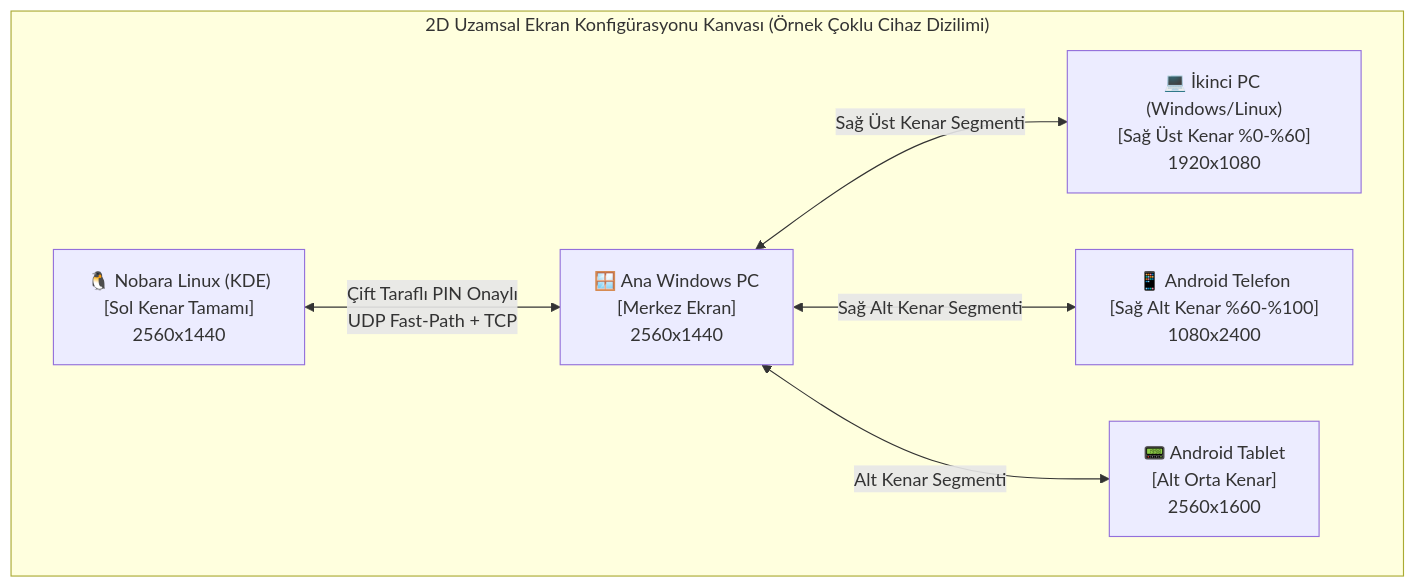
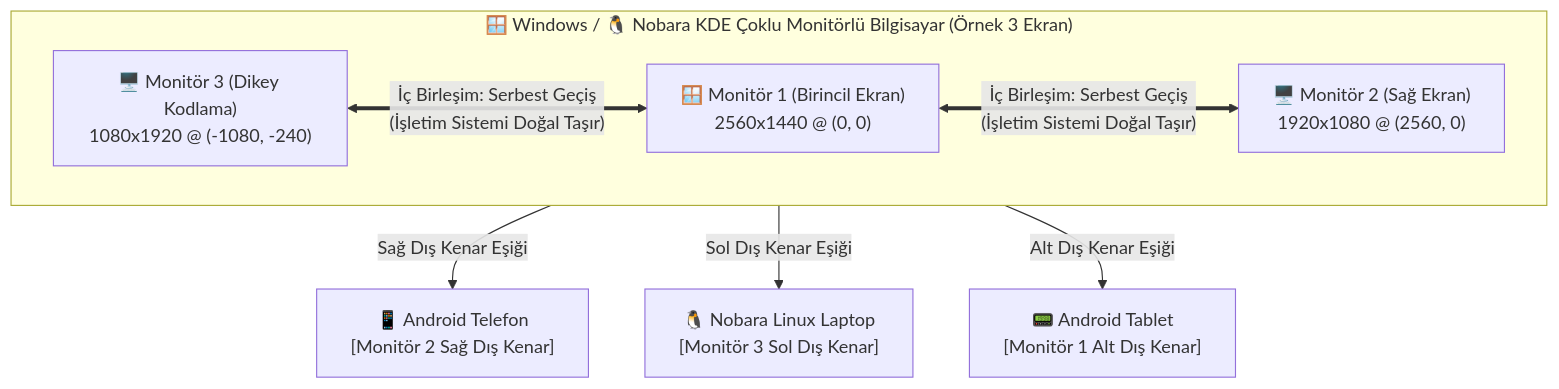
Before and after one commit to korgangames/Connect-Me: the diagram in docs/ADD.md, drawn with Mermaid. The commit also changed other lines of this file and 13 other files, not shown here.

Commit message:
feat(multi-monitor): futureproof multi-display architecture for Windows & Linux Nobara KDE Plasma

````diff
--- a/docs/ADD.md
+++ b/docs/ADD.md
@@ -28,16 +28,20 @@
 ```mermaid
 flowchart TB
-    subgraph Canvas["2D Uzamsal Ekran Konfigürasyonu Kanvası (Örnek Çoklu Cihaz Dizilimi)"]
+    subgraph MultiMonPC["🪟 Windows / 🐧 Nobara KDE Çoklu Monitörlü Bilgisayar (Örnek 3 Ekran)"]
         direction LR
-        Nobara["🐧 Nobara Linux (KDE)\n[Sol Kenar Tamamı]\n2560x1440"]
-        WinMain["🪟 Ana Windows PC\n[Merkez Ekran]\n2560x1440"]
-        WinLaptop["💻 İkinci PC (Windows/Linux)\n[Sağ Üst Kenar %0-%60]\n1920x1080"]
-        AndroidPhone["📱 Android Telefon\n[Sağ Alt Kenar %60-%100]\n1080x2400"]
-        AndroidTablet["📟 Android Tablet\n[Alt Orta Kenar]\n2560x1600"]
+        Mon3["🖥️ Monitör 3 (Dikey Kodlama)\n1080x1920 @ (-1080, -240)"]
+        Mon1["🪟 Monitör 1 (Birincil Ekran)\n2560x1440 @ (0, 0)"]
+        Mon2["🖥️ Monitör 2 (Sağ Ekran)\n1920x1080 @ (2560, 0)"]
+        
+        Mon3 <==>|"İç Birleşim: Serbest Geçiş\n(İşletim Sistemi Doğal Taşır)"| Mon1
+        Mon1 <==>|"İç Birleşim: Serbest Geçiş\n(İşletim Sistemi Doğal Taşır)"| Mon2
     end
 
-    Nobara <-->|"Çift Taraflı PIN Onaylı\nUDP Fast-Path + TCP"| WinMain
-    WinMain <-->|"Sağ Üst Kenar Segmenti"| WinLaptop
-    WinMain <-->|"Sağ Alt Kenar Segmenti"| AndroidPhone
-    WinMain <-->|"Alt Kenar Segmenti"| AndroidTablet
+    AndroidPhone["📱 Android Telefon\n[Monitör 2 Sağ Dış Kenar]"]
+    NobaraLaptop["🐧 Nobara Linux Laptop\n[Monitör 3 Sol Dış Kenar]"]
+    AndroidTablet["📟 Android Tablet\n[Monitör 1 Alt Dış Kenar]"]
+
+    Mon2 -->|"Sağ Dış Kenar Eşiği"| AndroidPhone
+    Mon3 -->|"Sol Dış Kenar Eşiği"| NobaraLaptop
+    Mon1 -->|"Alt Dış Kenar Eşiği"| AndroidTablet
 ```
````
